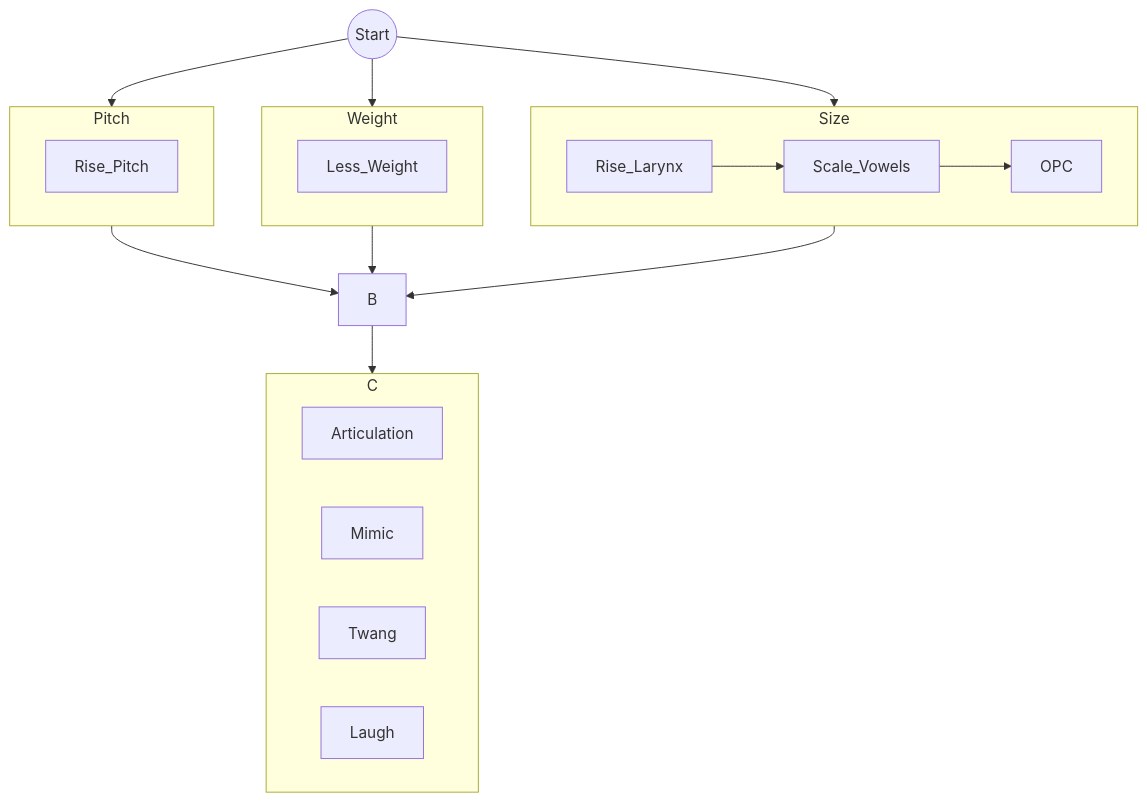
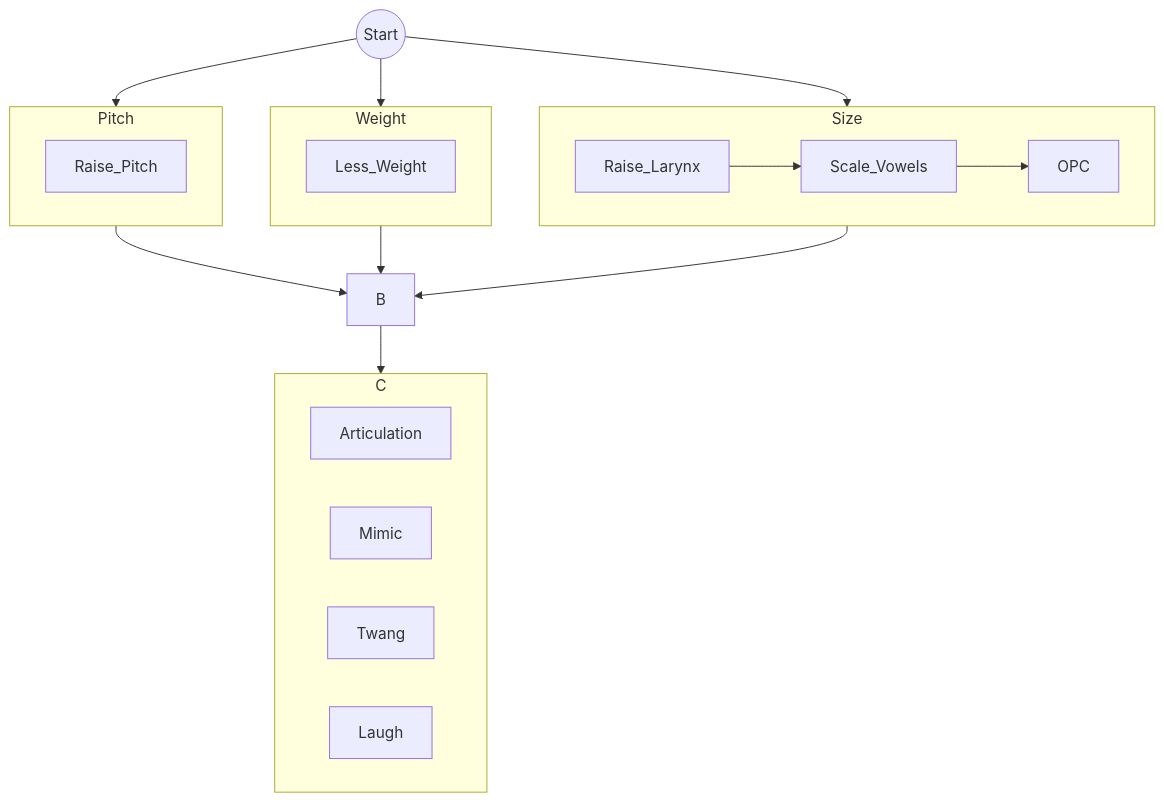
Before and after one commit to iggy-smart/voice-alt: the diagram in female-voice-en.md, drawn with Mermaid. The commit also changed other lines of this file, not shown here.

````diff
--- a/female-voice-en.md
+++ b/female-voice-en.md
@@ -69,31 +69,31 @@
 ```mermaid
 graph TD
     A((Start))
     A --> Pitch --> B
     A --> Weight --> B
     A --> Size --> B
 
     subgraph Pitch
-        Rise_Pitch
+        Raise_Pitch
     end
 
     subgraph Size
-        Rise_Larynx --> Scale_Vowels --> OPC
+        Raise_Larynx --> Scale_Vowels --> OPC
     end
 
     subgraph Weight
         Less_Weight
     end
 
     C[Improve]
 
     B --> C
 
     subgraph C
         Articulation
         Mimic
         Twang
         Laugh
     end
     
 ```
````
